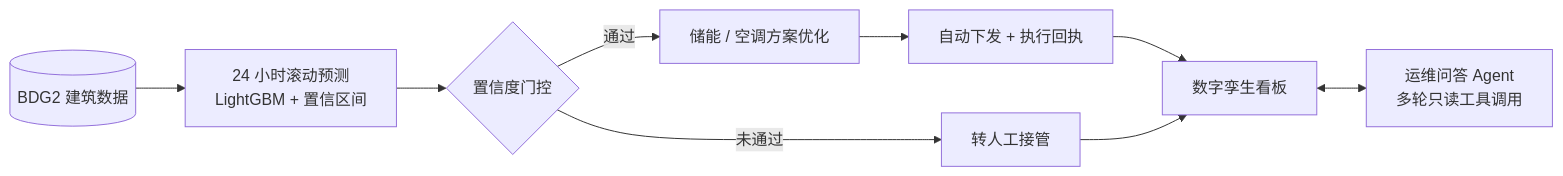
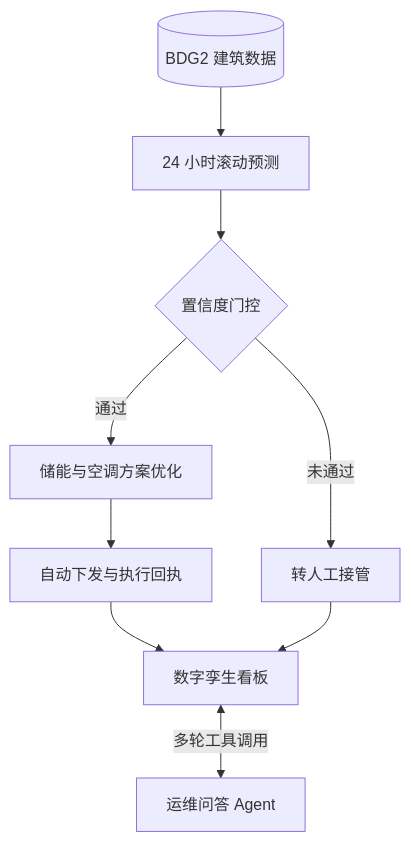
One commit to chen4study-hub/YunQiTa-AgnesHackathon changed the diagram in README.md. Above: the diagram before and after it, drawn with Mermaid.

Commit message:
README：修正系统架构流程图的渲染

````diff
--- a/README.md
+++ b/README.md
@@ -81,10 +81,11 @@
 ```mermaid
-flowchart LR
-    D[(BDG2 建筑数据)] --> F[24 小时滚动预测<br/>LightGBM + 置信区间]
-    F --> G{置信度门控}
-    G -- 通过 --> P[储能 / 空调方案优化] --> X[自动下发 + 执行回执]
-    G -- 未通过 --> H[转人工接管]
-    X --> UI[数字孪生看板]
+flowchart TB
+    D[("BDG2 建筑数据")] --> F["24 小时滚动预测"]
+    F --> G{"置信度门控"}
+    G -->|通过| P["储能与空调方案优化"]
+    P --> X["自动下发与执行回执"]
+    G -->|未通过| H["转人工接管"]
+    X --> UI["数字孪生看板"]
     H --> UI
-    UI <--> C[运维问答 Agent<br/>多轮只读工具调用]
+    UI <-->|多轮工具调用| C["运维问答 Agent"]
 ```
````
